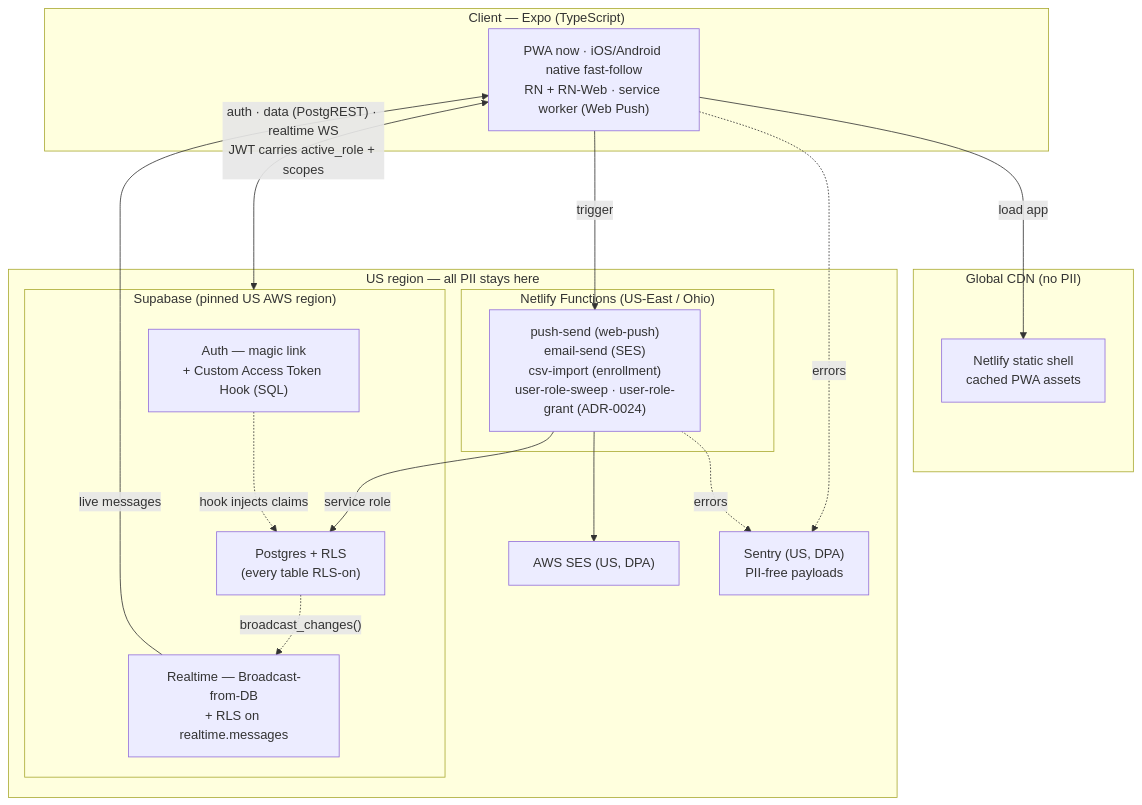
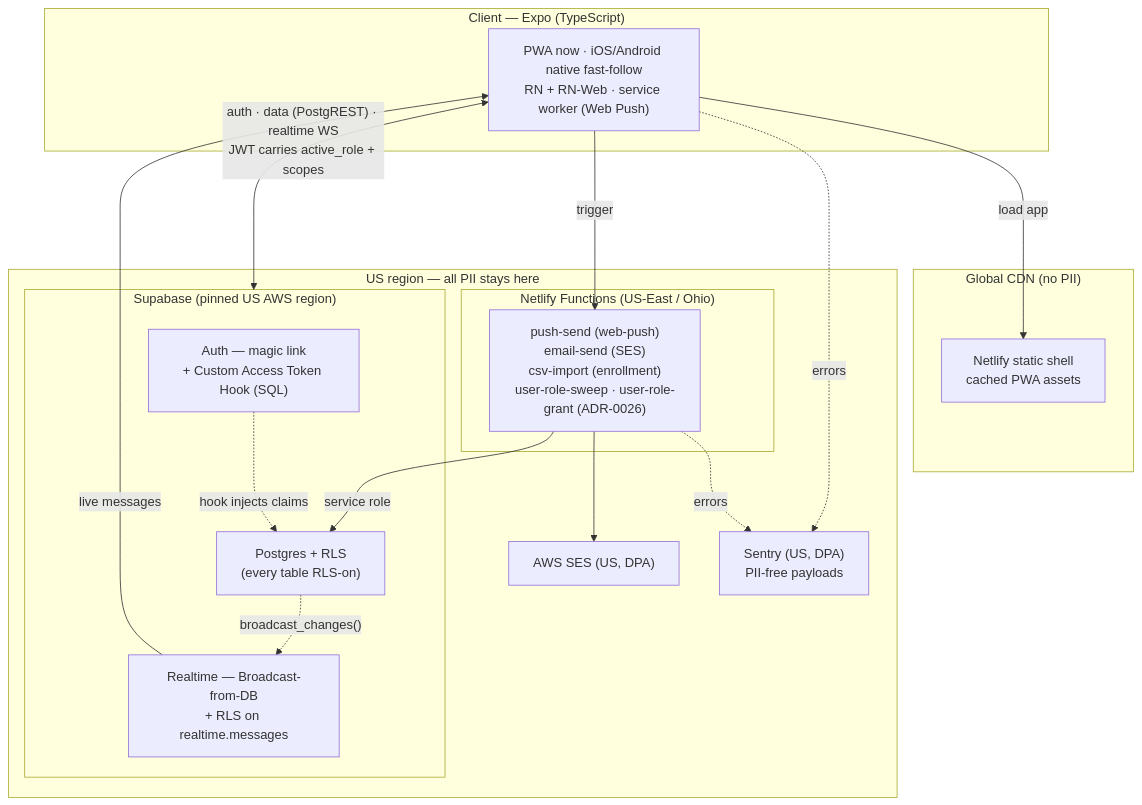
Before and after one commit to cmdfw-bv/CMDFW-BalaVihar-App: the first of 9 diagrams in .docs/3_ARCHITECTURE.md, drawn with Mermaid. The commit also changed other lines of this file and 8 other files, not shown here.

First line of the commit message:
fix: renumber user-role-approval ADR from 0024 to 0026

````diff
--- a/.docs/3_ARCHITECTURE.md
+++ b/.docs/3_ARCHITECTURE.md
@@ -27,34 +27,34 @@
 ```mermaid
 flowchart TB
     subgraph client["Client — Expo (TypeScript)"]
         pwa["PWA now · iOS/Android native fast-follow<br/>RN + RN-Web · service worker (Web Push)"]
     end
 
     subgraph global["Global CDN (no PII)"]
         shell["Netlify static shell<br/>cached PWA assets"]
     end
 
     subgraph us["US region — all PII stays here"]
         subgraph netlify["Netlify Functions (US-East / Ohio)"]
-            fn["push-send (web-push)<br/>email-send (SES)<br/>csv-import (enrollment)<br/>user-role-sweep · user-role-grant (ADR-0024)"]
+            fn["push-send (web-push)<br/>email-send (SES)<br/>csv-import (enrollment)<br/>user-role-sweep · user-role-grant (ADR-0026)"]
         end
         subgraph supa["Supabase (pinned US AWS region)"]
             auth["Auth — magic link<br/>+ Custom Access Token Hook (SQL)"]
             db["Postgres + RLS<br/>(every table RLS-on)"]
             rt["Realtime — Broadcast-from-DB<br/>+ RLS on realtime.messages"]
         end
         ses["AWS SES (US, DPA)"]
         sentry["Sentry (US, DPA)<br/>PII-free payloads"]
     end
 
     pwa -->|"load app"| shell
     pwa <-->|"auth · data (PostgREST) · realtime WS<br/>JWT carries active_role + scopes"| supa
     pwa -->|"trigger"| fn
     fn -->|"service role"| db
     fn --> ses
     auth -.->|"hook injects claims"| db
     db -.->|"broadcast_changes()"| rt
     rt -->|"live messages"| pwa
     pwa -.->|"errors"| sentry
     fn -.->|"errors"| sentry
 ```
````
